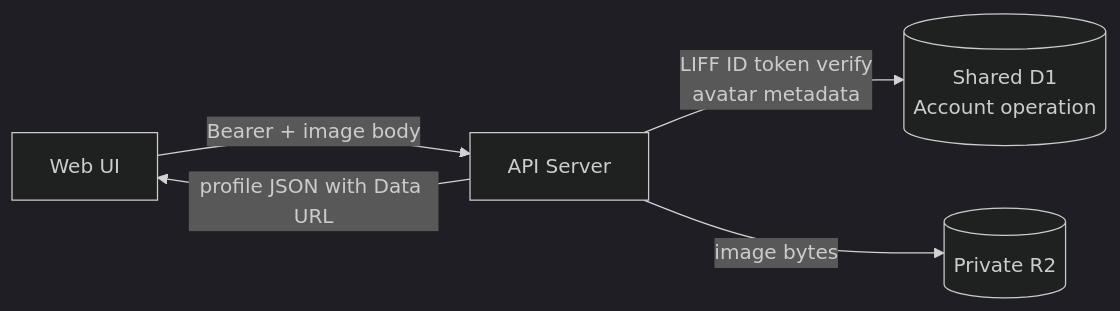
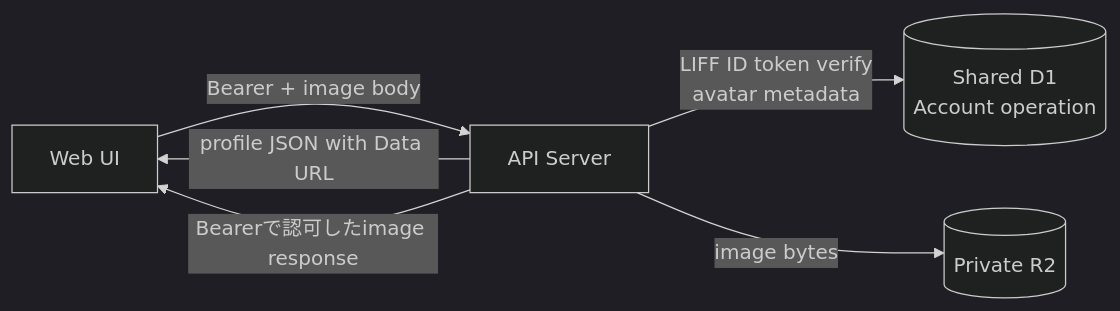
One commit to kkyosuke/me-builder changed the diagram in docs/development/profile-api.md. Above: the diagram before and after it, drawn with Mermaid (dark theme). The commit also changed other lines of this file and 43 other files, not shown here.

````diff
--- a/docs/development/profile-api.md
+++ b/docs/development/profile-api.md
@@ -82,7 +90,8 @@
 ```mermaid
 flowchart LR
     W[Web UI] -->|Bearer + image body| API[API Server]
     API -->|LIFF ID token verify<br/>avatar metadata| D1[(Shared D1<br/>Account operation)]
     API -->|image bytes| R2[(Private R2)]
     API -->|profile JSON with Data URL| W
+    API -->|Bearerで認可したimage response| W
 ```
````
